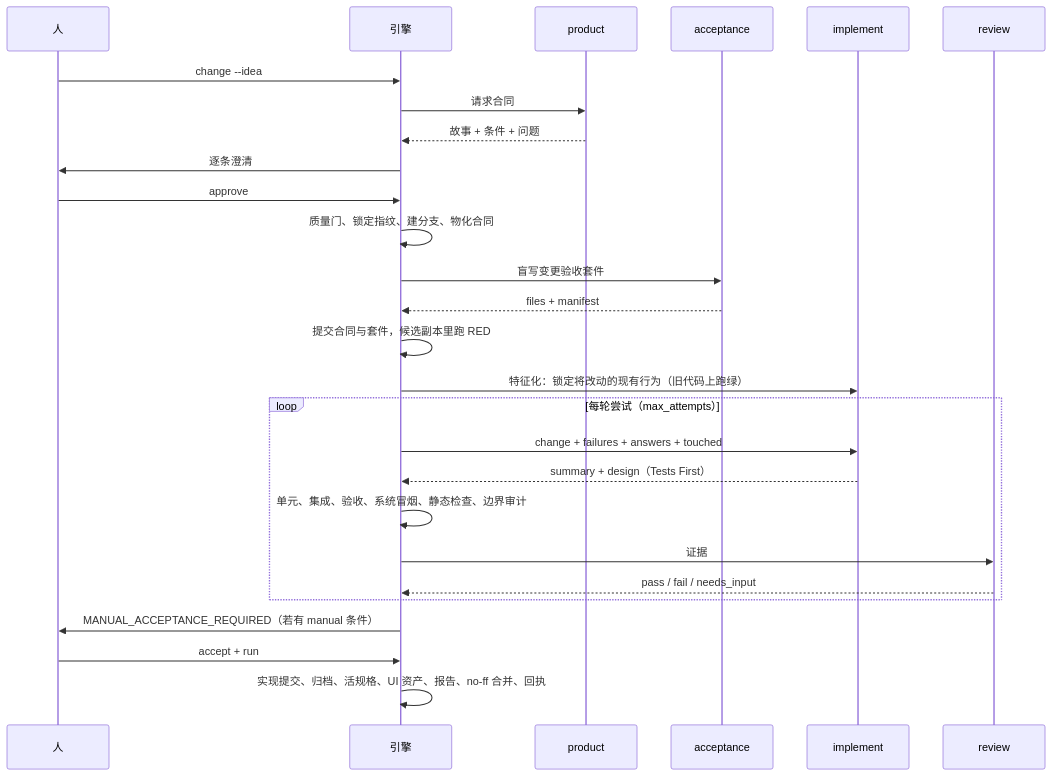
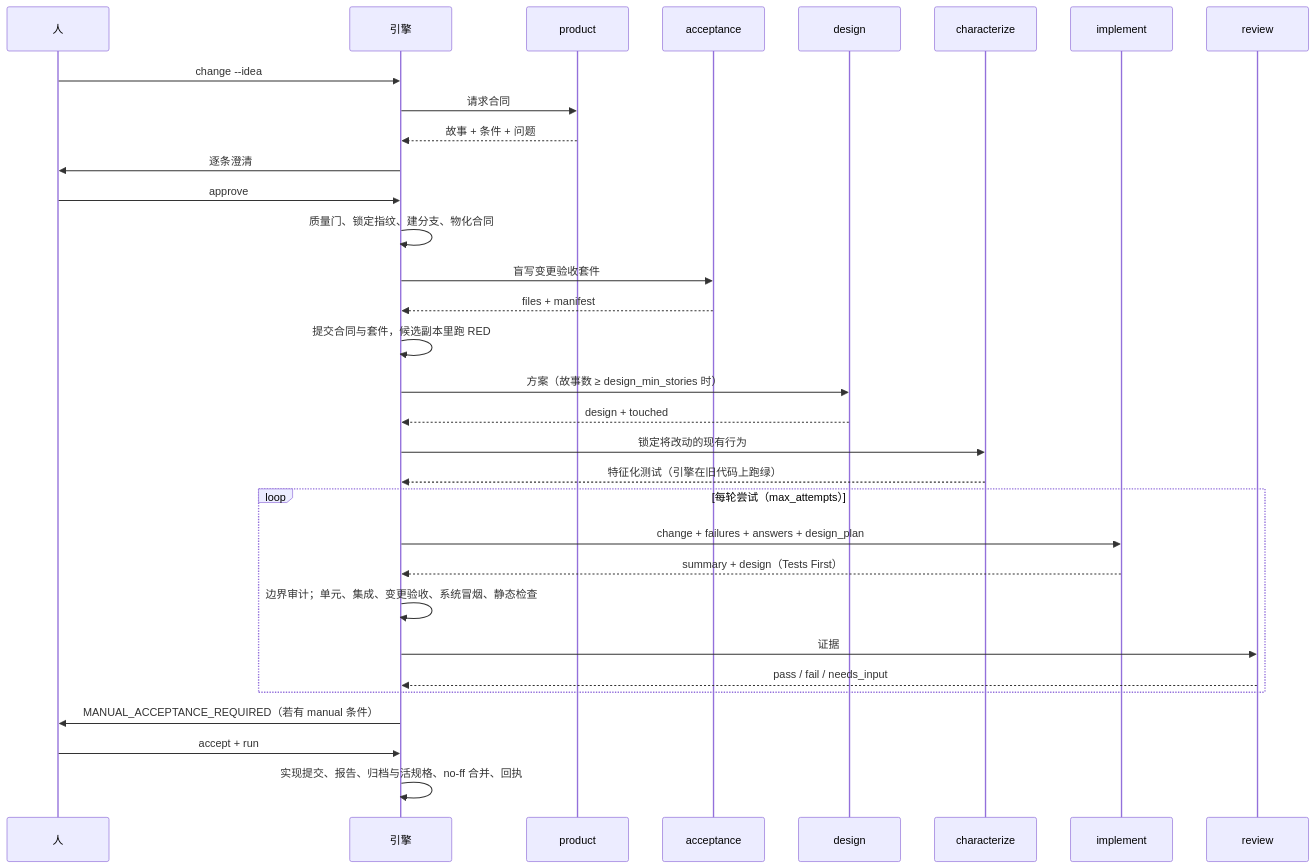
The diagram in docs/concepts.md (jinlin725168-ai/storyloop), drawn with Mermaid before and after one commit. The commit also changed other lines of this file and 22 other files, not shown here.

````diff
--- a/docs/concepts.md
+++ b/docs/concepts.md
@@ -86,29 +93,34 @@
 ```mermaid
 sequenceDiagram
     participant U as 人
     participant E as 引擎
     participant P as product
     participant S as acceptance
+    participant D as design
+    participant C as characterize
     participant I as implement
     participant R as review
     U->>E: change --idea
     E->>P: 请求合同
     P-->>E: 故事 + 条件 + 问题
     E->>U: 逐条澄清
     U->>E: approve
     E->>E: 质量门、锁定指纹、建分支、物化合同
     E->>S: 盲写变更验收套件
     S-->>E: files + manifest
     E->>E: 提交合同与套件，候选副本里跑 RED
-    E->>I: 特征化：锁定将改动的现有行为（旧代码上跑绿）
+    E->>D: 方案（故事数 ≥ design_min_stories 时）
+    D-->>E: design + touched
+    E->>C: 锁定将改动的现有行为
+    C-->>E: 特征化测试（引擎在旧代码上跑绿）
     loop 每轮尝试（max_attempts）
-        E->>I: change + failures + answers + touched
+        E->>I: change + failures + answers + design_plan
         I-->>E: summary + design（Tests First）
-        E->>E: 单元、集成、验收、系统冒烟、静态检查、边界审计
+        E->>E: 边界审计；单元、集成、变更验收、系统冒烟、静态检查
         E->>R: 证据
         R-->>E: pass / fail / needs_input
     end
     E->>U: MANUAL_ACCEPTANCE_REQUIRED（若有 manual 条件）
     U->>E: accept + run
-    E->>E: 实现提交、归档、活规格、UI 资产、报告、no-ff 合并、回执
+    E->>E: 实现提交、报告、归档与活规格、no-ff 合并、回执
 ```
````
